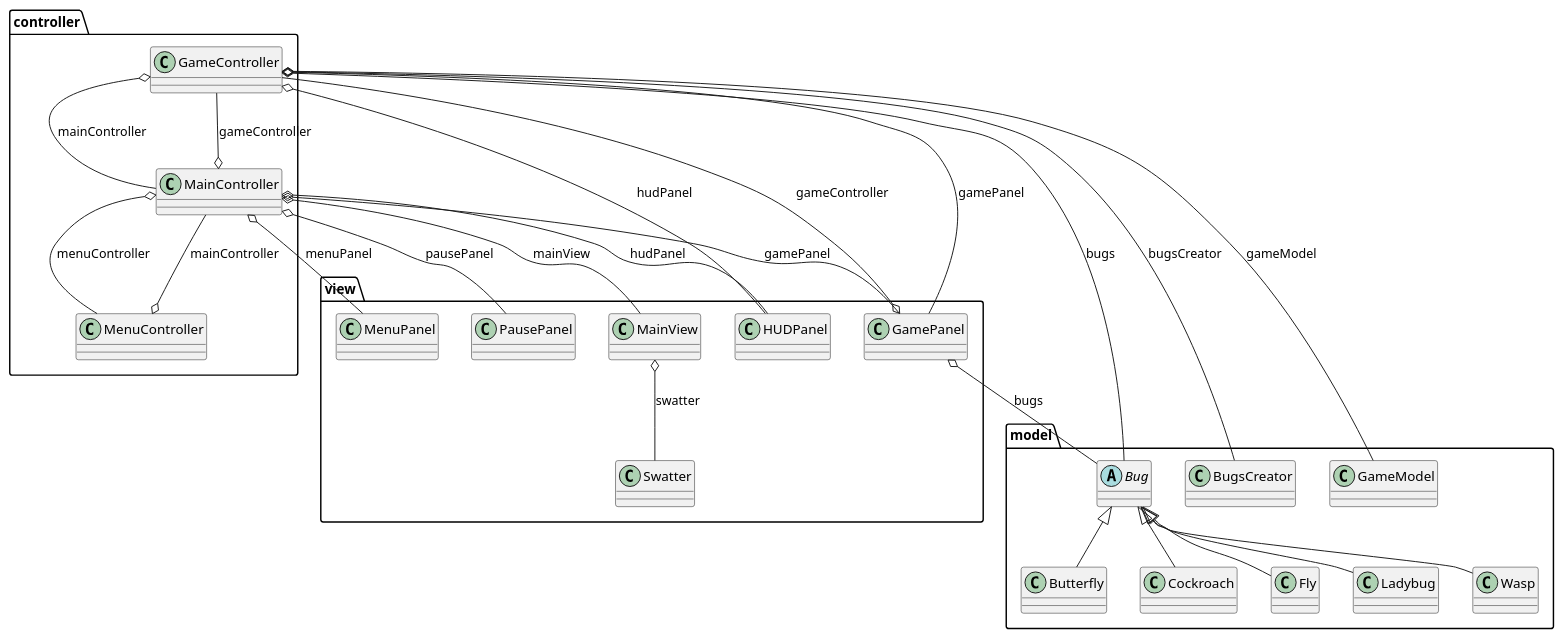
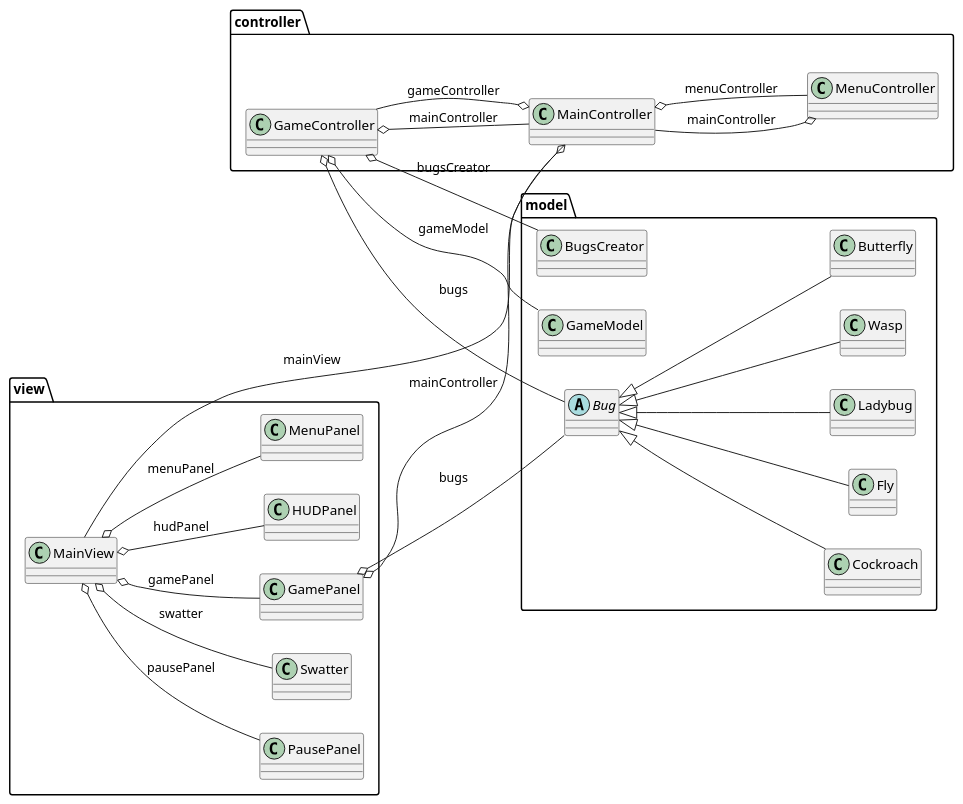
One commit to lcintini/JFlySwatter changed the diagram in JFlySwatter.plantuml. Above: the diagram before and after it, drawn with PlantUML. The commit also changed 34 other files, not shown here.

```diff
--- a/JFlySwatter.plantuml
+++ b/JFlySwatter.plantuml
@@ -1,130 +1,131 @@
 @startuml
-
+  left to right direction
 
   namespace controller {
       class controller.GameController {
       }
     }
   
 
   namespace controller {
       class controller.MainController {
       }
     }
   
 
   namespace controller {
       class controller.MenuController {
       }
     }
   
 
   namespace model {
       abstract class model.Bug {
       }
     }
   
 
   namespace model {
       class model.BugsCreator {
       }
     }
   
 
   namespace model {
       class model.Butterfly {
       }
     }
   
 
   namespace model {
       class model.Cockroach {
       }
     }
   
 
   namespace model {
       class model.Fly {
       }
     }
   
 
   namespace model {
       class model.GameModel {
       }
     }
   
 
   namespace model {
       class model.Ladybug {
       }
     }
   
 
   namespace model {
       class model.Wasp {
       }
     }
   
 
   namespace view {
       class view.GamePanel {
       }
     }
   
 
  namespace view {
       class view.HUDPanel {
       }
     }
   
 
   namespace view {
       class view.MainView {
       }
     }
   
 
   namespace view {
       class view.MenuPanel {
       }
     }
   
 
   namespace view {
       class view.PausePanel {
       }
     }
   
 
   namespace view {
       class view.Swatter {
       }
     }
   
 
   controller.GameController o-- model.BugsCreator : bugsCreator
   controller.GameController o-- model.Bug : bugs
   controller.GameController o-- model.GameModel : gameModel
-  controller.GameController o-- view.GamePanel : gamePanel
-  controller.GameController o-- view.HUDPanel : hudPanel
   controller.GameController o-- controller.MainController : mainController
   controller.MainController o-- controller.GameController : gameController
-  controller.MainController o-- view.GamePanel : gamePanel
-  controller.MainController o-- view.HUDPanel : hudPanel
   controller.MainController o-- view.MainView : mainView
+
   controller.MainController o-- controller.MenuController : menuController
-  controller.MainController o-- view.MenuPanel : menuPanel
-  controller.MainController o-- view.PausePanel : pausePanel
+
+
   controller.MenuController o-- controller.MainController : mainController
   model.Butterfly -up-|> model.Bug
   model.Cockroach -up-|> model.Bug
   model.Fly -up-|> model.Bug
   model.Ladybug -up-|> model.Bug
   model.Wasp -up-|> model.Bug
-  view.GamePanel o-- controller.GameController : gameController
+  view.GamePanel o-- controller.MainController : mainController
   view.GamePanel o-- model.Bug : bugs
   view.MainView o-- view.Swatter : swatter
+  view.MainView o-- view.GamePanel : gamePanel
+  view.MainView o-- view.HUDPanel : hudPanel
+  view.MainView o-- view.MenuPanel : menuPanel
+  view.MainView o-- view.PausePanel : pausePanel
 
 
 @enduml
```
